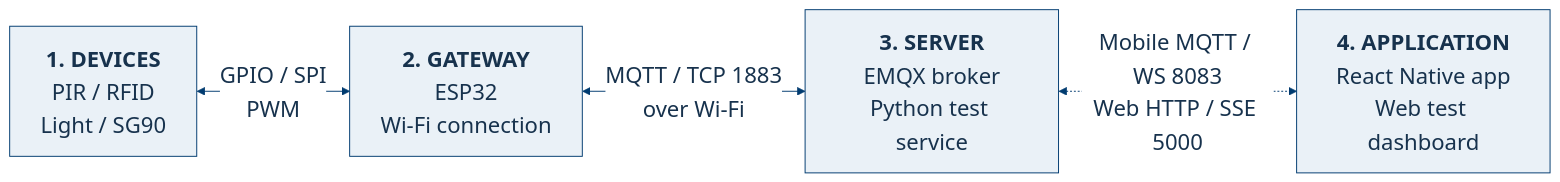
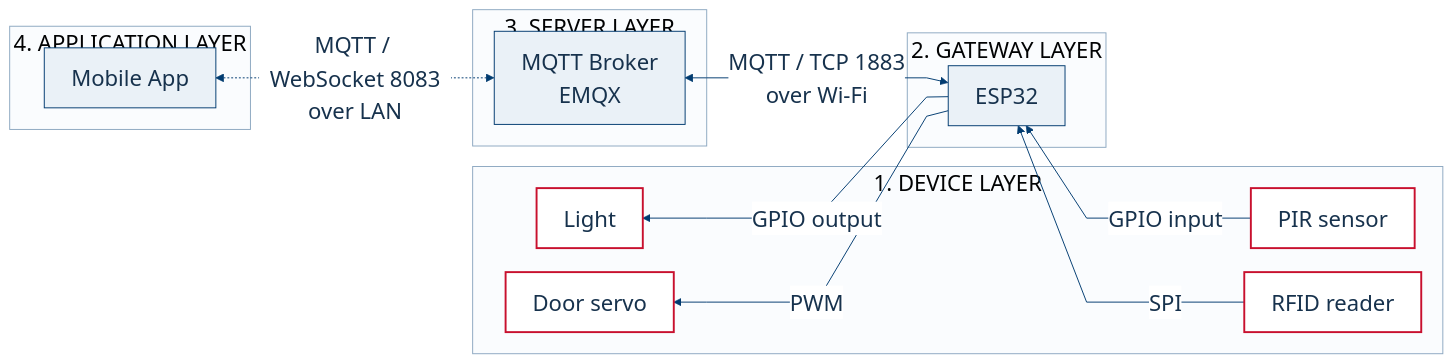
One commit to itstheblank/esp32_smart_home changed the diagram in report/architecture.mmd. Above: the diagram before and after it, drawn with Mermaid. The commit also changed 4 other files, not shown here.

Commit message:
Preserve original diagrams and align slide captions

```diff
--- a/report/architecture.mmd
+++ b/report/architecture.mmd
@@ -1,11 +1,27 @@
-%% Four logical layers reviewed against the project sheet and branches on 2026-11-09.
-%% ESP32 performs the gateway role. Mobile MQTT contract and WS exposure remain pending.
-%%{init: {'theme': 'base', 'themeVariables': {'fontFamily': 'Arial', 'fontSize': '23px', 'primaryColor': '#eaf1f7', 'primaryTextColor': '#17324d', 'primaryBorderColor': '#003b70', 'lineColor': '#003b70', 'edgeLabelBackground': '#ffffff'}, 'flowchart': {'curve': 'linear', 'nodeSpacing': 30, 'rankSpacing': 48, 'padding': 16}}}%%
-flowchart LR
-    D["<b>1. DEVICES</b><br/>PIR / RFID<br/>Light / SG90"]
-    G["<b>2. GATEWAY</b><br/>ESP32<br/>Wi-Fi connection"]
-    S["<b>3. SERVER</b><br/>EMQX broker<br/>Python test service"]
-    A["<b>4. APPLICATION</b><br/>React Native app<br/>Web test dashboard"]
-    D <-->|"GPIO / SPI<br/>PWM"| G
-    G <-->|"MQTT / TCP 1883<br/>over Wi-Fi"| S
-    S <-.->|"Mobile MQTT / WS 8083<br/>Web HTTP / SSE 5000"| A
+%% Original system components, grouped into four logical layers.
+%% MQTT mobile integration remains pending contract and WebSocket alignment.
+%%{init: {'theme': 'base', 'themeVariables': {'fontFamily': 'Arial', 'fontSize': '23px', 'primaryColor': '#eaf1f7', 'primaryTextColor': '#17324d', 'primaryBorderColor': '#003b70', 'lineColor': '#003b70', 'edgeLabelBackground': '#ffffff', 'clusterBkg': '#fafcfe', 'clusterBorder': '#8da8c1'}, 'flowchart': {'curve': 'linear', 'nodeSpacing': 25, 'rankSpacing': 45, 'padding': 14}}}%%
+flowchart RL
+    subgraph D["1. DEVICE LAYER"]
+        PIR["PIR sensor"]
+        RFID["RFID reader"]
+        LIGHT["Light"]
+        DOOR["Door servo"]
+    end
+    subgraph G["2. GATEWAY LAYER"]
+        ESP["ESP32"]
+    end
+    subgraph S["3. SERVER LAYER"]
+        BROKER["MQTT Broker<br/>EMQX"]
+    end
+    subgraph A["4. APPLICATION LAYER"]
+        APP["Mobile App"]
+    end
+    PIR -->|"GPIO input"| ESP
+    RFID -->|"SPI"| ESP
+    ESP -->|"GPIO output"| LIGHT
+    ESP -->|"PWM"| DOOR
+    ESP <-->|"MQTT / TCP 1883<br/>over Wi-Fi"| BROKER
+    BROKER <-.->|"MQTT / WebSocket 8083<br/>over LAN"| APP
+    classDef hardware fill:#ffffff,stroke:#c8102e,stroke-width:2px,color:#17324d;
+    class PIR,RFID,LIGHT,DOOR hardware;
```
